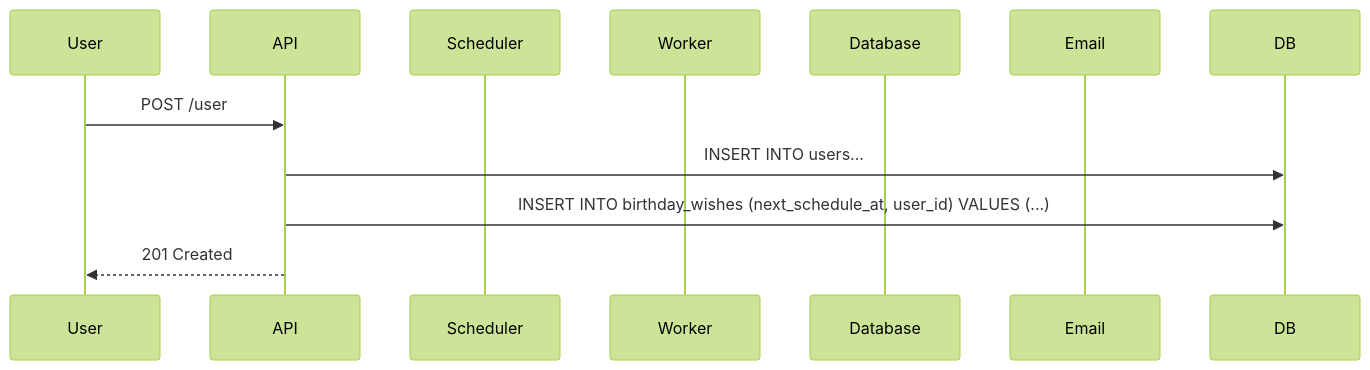
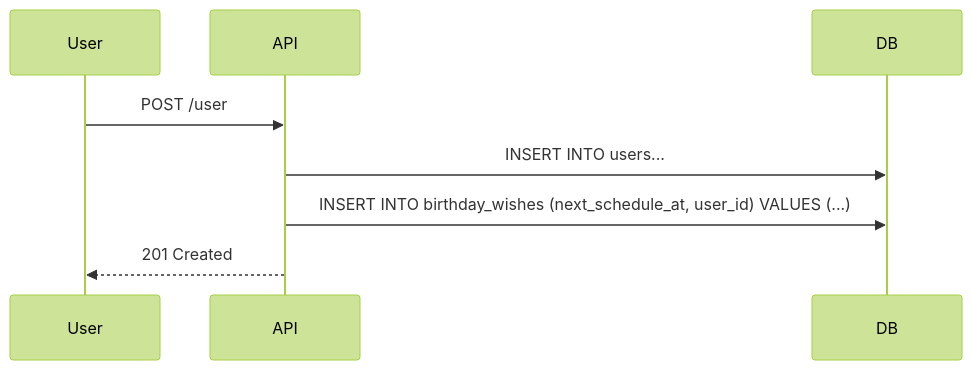
Before and after one commit to marchellll/birthday-wishes-sender: the first of 3 diagrams in docs/system_design.md, drawn with Mermaid (forest theme). The commit also changed 16 other files, not shown here.

````diff
--- a/docs/system_design.md
+++ b/docs/system_design.md
@@ -14,17 +14,14 @@
 ```mermaid
 sequenceDiagram
     participant User
     participant API
-    participant Scheduler
-    participant Worker
-    participant Database
-    participant Email
+    participant DB
 
     User->> API: POST /user
     API->>DB: INSERT INTO users...
 
     API->> DB: INSERT INTO birthday_wishes (next_schedule_at, user_id) VALUES (...)
 
     API-->>User: 201 Created
 
 ```
````
